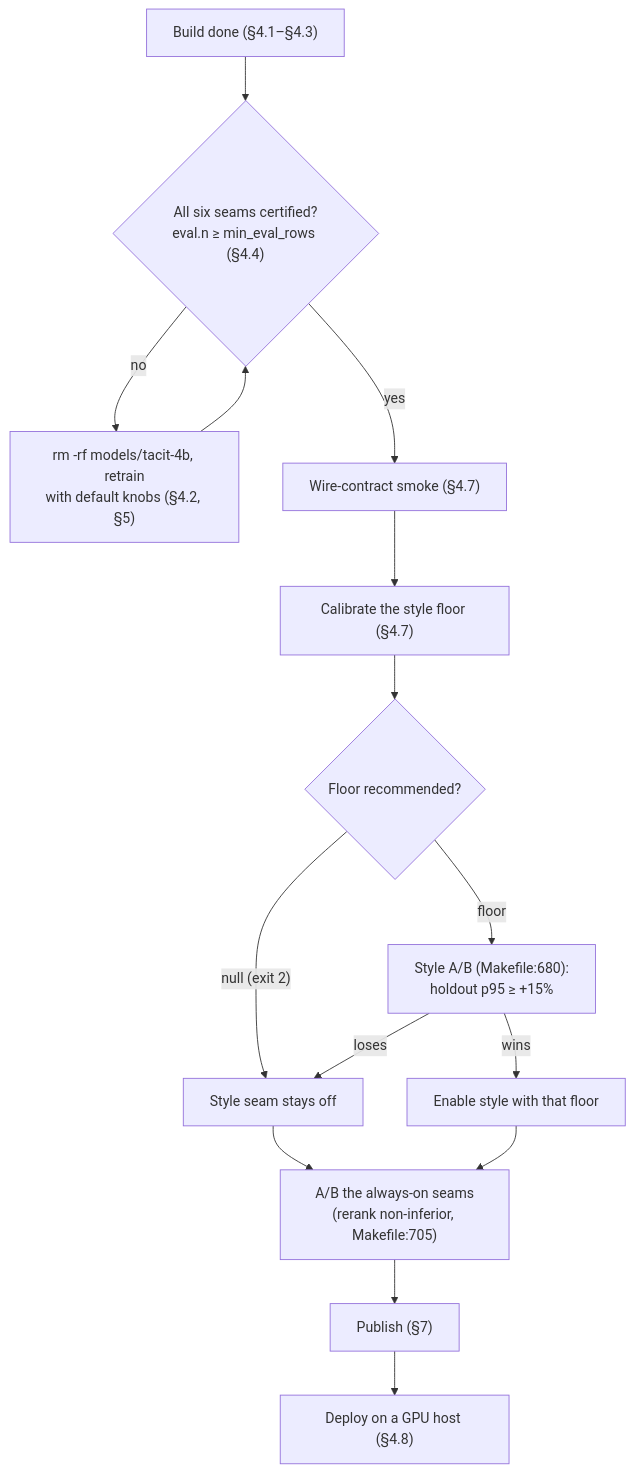
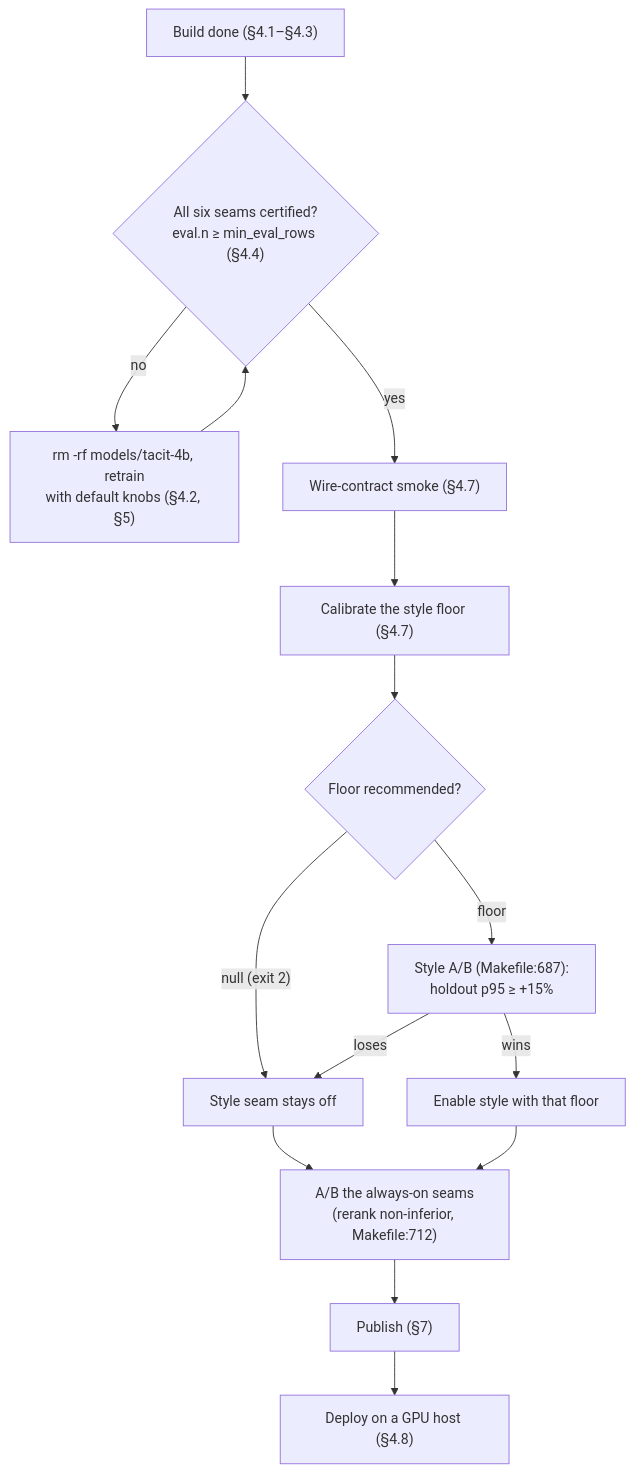
The diagram in docs/tacit-fine-tune.md (olk/design-pattern-mcp), drawn with Mermaid before and after one commit. The commit also changed other lines of this file and 3 other files, not shown here.

````diff
--- a/docs/tacit-fine-tune.md
+++ b/docs/tacit-fine-tune.md
@@ -121,18 +121,18 @@
 ```mermaid
 flowchart TD
     A["Build done (§4.1–§4.3)"] --> B{"All six seams certified?<br/>eval.n ≥ min_eval_rows (§4.4)"}
     B -- "no" --> R["rm -rf models/tacit-4b, retrain<br/>with default knobs (§4.2, §5)"]
     R --> B
     B -- "yes" --> C["Wire-contract smoke (§4.7)"]
     C --> D["Calibrate the style floor (§4.7)"]
     D --> E{"Floor recommended?"}
     E -- "null (exit 2)" --> F["Style seam stays off"]
-    E -- "floor" --> G["Style A/B (Makefile:680):<br/>holdout p95 ≥ +15%"]
+    E -- "floor" --> G["Style A/B (Makefile:687):<br/>holdout p95 ≥ +15%"]
     G -- "loses" --> F
     G -- "wins" --> H["Enable style with that floor"]
-    I["A/B the always-on seams<br/>(rerank non-inferior, Makefile:705)"]
+    I["A/B the always-on seams<br/>(rerank non-inferior, Makefile:712)"]
     F --> I
     H --> I
     I --> J["Publish (§7)"]
     J --> K["Deploy on a GPU host (§4.8)"]
 ```
````
